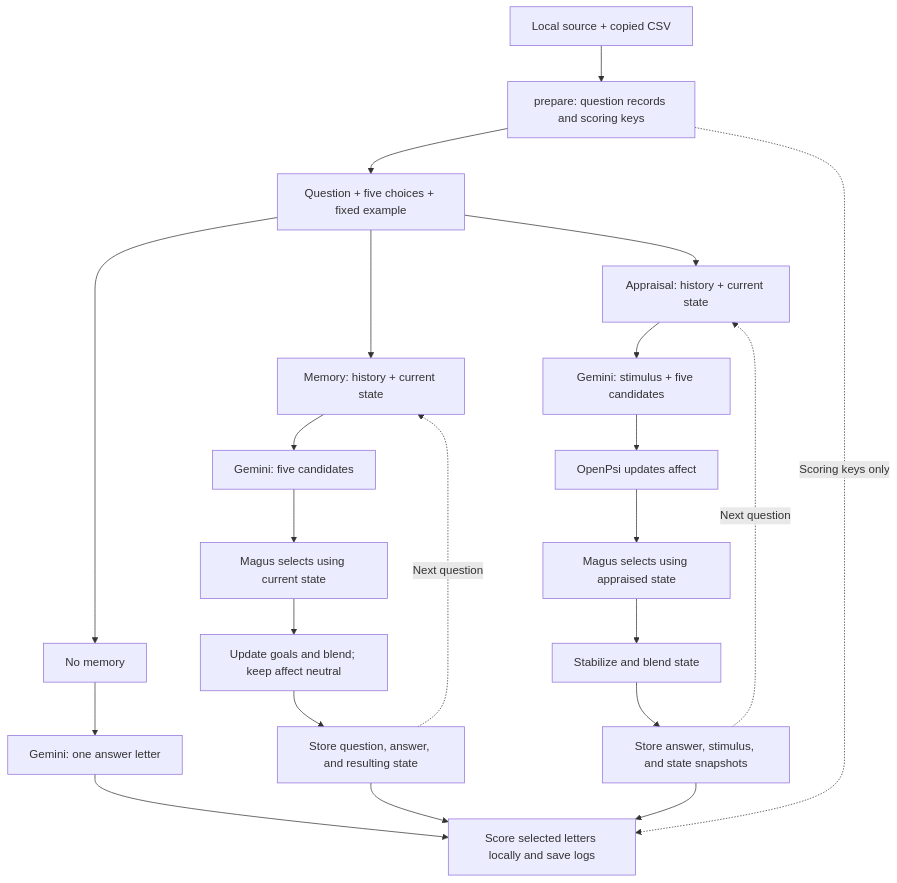
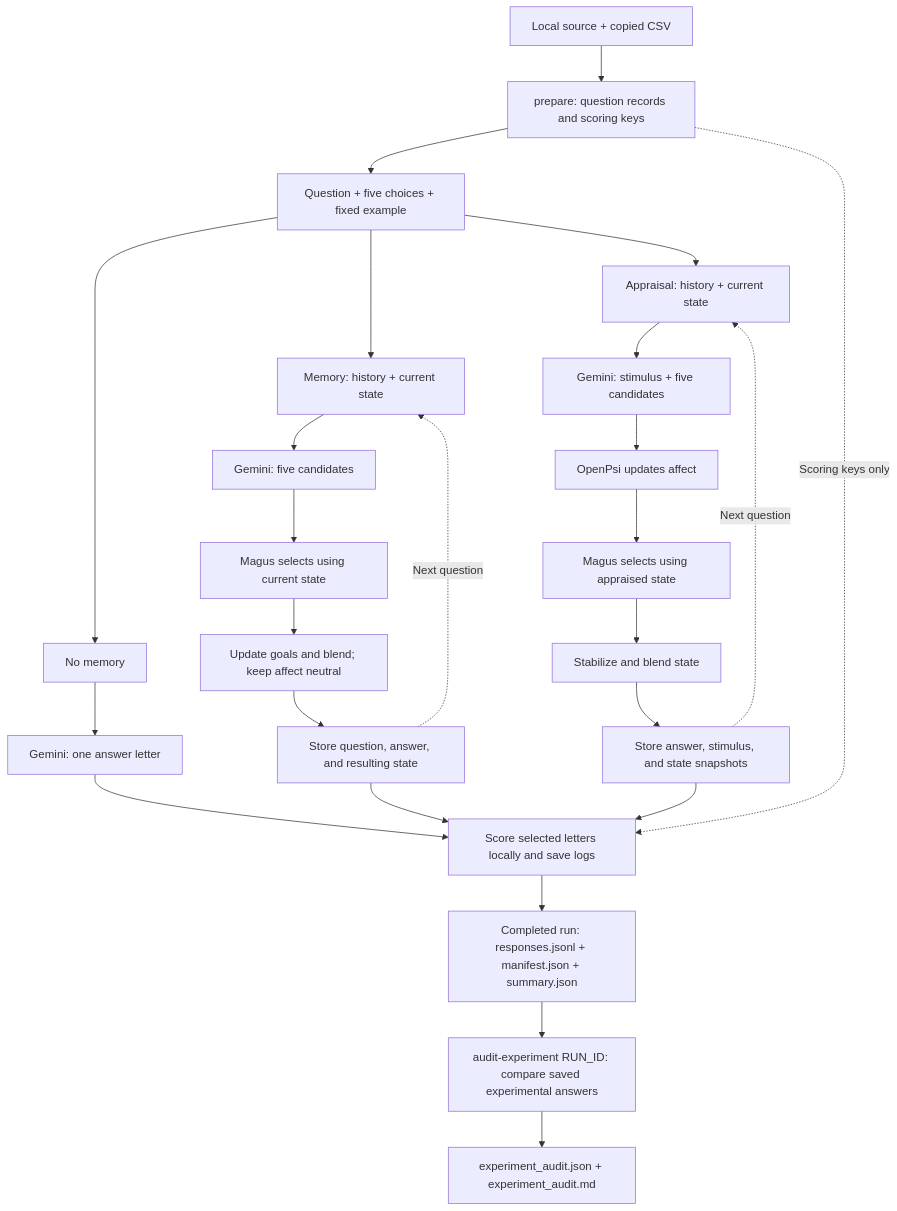
The diagram in benchmarks/README.md (Mahider-n/MetaMo-Python), drawn with Mermaid before and after one commit. The commit also changed other lines of this file and 3 other files, not shown here.

First line of the commit message:
feat(benchmarks): audit experimental results through shared STEU functions

````diff
--- a/benchmarks/README.md
+++ b/benchmarks/README.md
@@ -49,28 +60,31 @@
 ```mermaid
 flowchart TD
     P["Local source + copied CSV"] --> D["prepare: question records and scoring keys"]
     D --> Q["Question + five choices + fixed example"]
 
     Q --> N["No memory"]
     N --> NG["Gemini: one answer letter"]
 
     Q --> M["Memory: history + current state"]
     M --> MG["Gemini: five candidates"]
     MG --> MD["Magus selects using current state"]
     MD --> MU["Update goals and blend; keep affect neutral"]
     MU --> MH["Store question, answer, and resulting state"]
     MH -. "Next question" .-> M
 
     Q --> A["Appraisal: history + current state"]
     A --> AG["Gemini: stimulus + five candidates"]
     AG --> OA["OpenPsi updates affect"]
     OA --> AD["Magus selects using appraised state"]
     AD --> AU["Stabilize and blend state"]
     AU --> AH["Store answer, stimulus, and state snapshots"]
     AH -. "Next question" .-> A
 
     NG --> S["Score selected letters locally and save logs"]
     MH --> S
     AH --> S
     D -. "Scoring keys only" .-> S
+    S --> R["Completed run: responses.jsonl + manifest.json + summary.json"]
+    R --> E["audit-experiment RUN_ID: compare saved experimental answers"]
+    E --> ER["experiment_audit.json + experiment_audit.md"]
 ```
````
